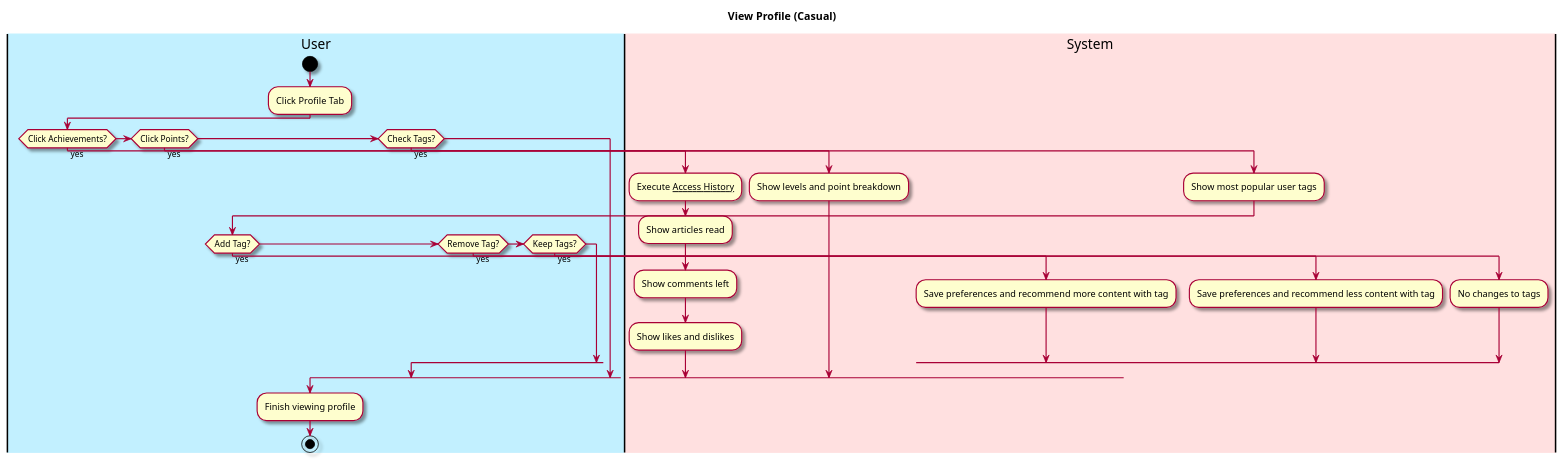
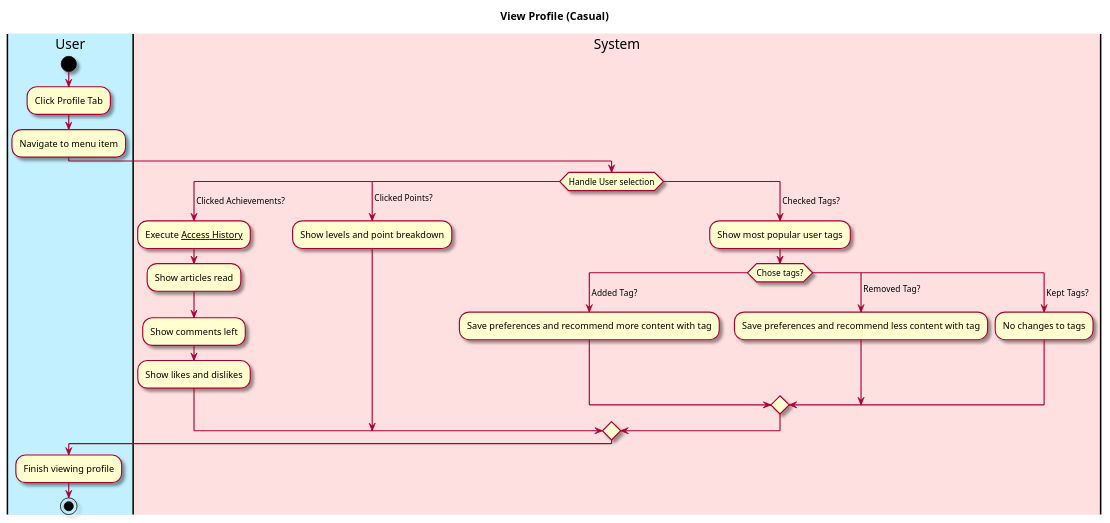
One commit to owhitleym-ui/EcoScoop changed the diagram in intellij/doc/Functional Specification/view-profile.md. Above: the diagram before and after it, drawn with PlantUML. The commit also changed 4 other files, not shown here.

Commit message:
Cleaned up PlantUML diagrams.

````diff
--- a/intellij/doc/Functional Specification/view-profile.md
+++ b/intellij/doc/Functional Specification/view-profile.md
@@ -22,48 +22,52 @@
 ```plantuml
 @startuml
 
 skin rose
 
 title View Profile (Casual)
 
 'define the lanes
 |#application|User|
 |#implementation|System|
 
 |User|
 start
 :Click Profile Tab;
-
-if (Click Achievements?) then (yes)
+:Navigate to menu item;
+|System|
+switch (Handle User selection)
+case ( Clicked Achievements?)
     |System|
     :Execute __Access History__;
     :Show articles read;
     :Show comments left;
     :Show likes and dislikes;
 
-elseif (Click Points?) then (yes)
+case ( Clicked Points?)
     |System|
     :Show levels and point breakdown;
 
-elseif (Check Tags?) then (yes)
+case ( Checked Tags?)
+    
+    :Show most popular user tags;
     |System|
-    :Show most popular user tags;
-    |User|
-    if (Add Tag?) then (yes)
-        |System|
+    switch (Chose tags?)
+    |System|
+    case ( Added Tag?)
+    |System|
         :Save preferences and recommend more content with tag;
-    elseif (Remove Tag?) then (yes)
-        |System|
+    case ( Removed Tag?)
+    |System|
         :Save preferences and recommend less content with tag;
-    elseif (Keep Tags?) then (yes)
-        |System|
+    case ( Kept Tags?)
+    |System|
         :No changes to tags;
-    endif
-endif
+    endswitch
+endswitch
 
 |User|
 :Finish viewing profile;
 
 stop
 @enduml
 ```
````
